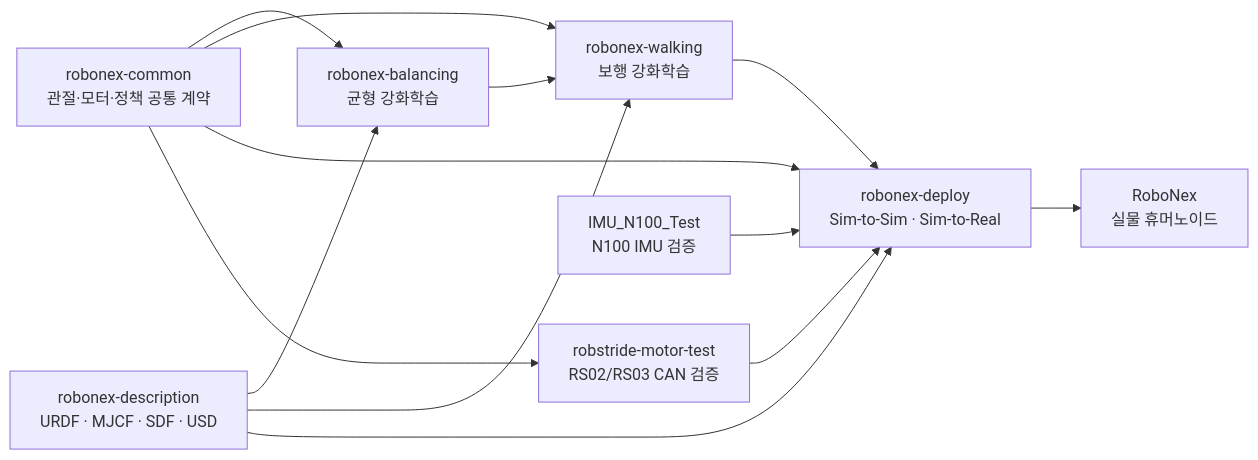
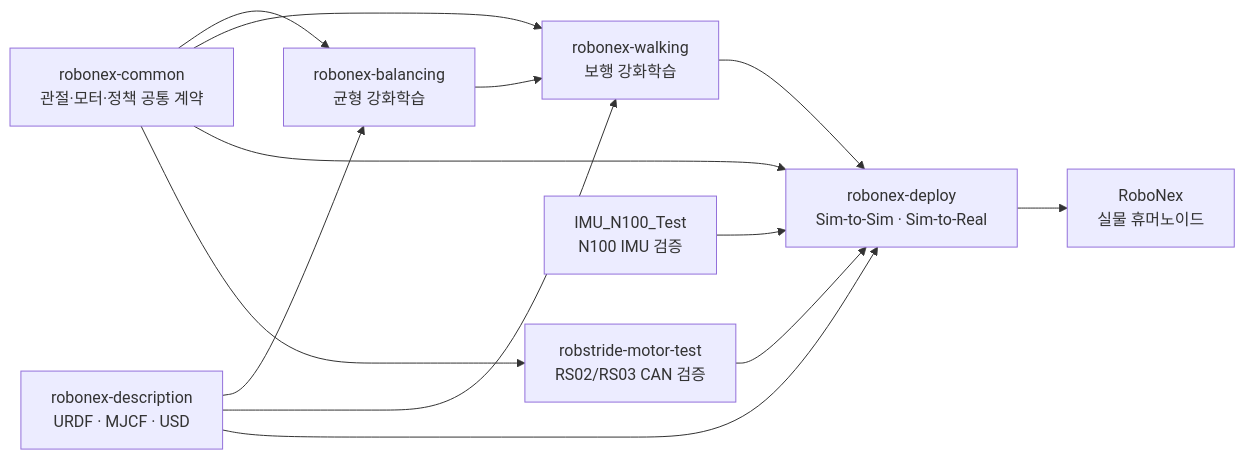
One commit to Humanoid-Project/2026ESWContest_free_ROBONEX changed the diagram in README.md. Above: the diagram before and after it, drawn with Mermaid. The commit also changed other lines of this file and 4 other files, not shown here.

````diff
--- a/README.md
+++ b/README.md
@@ -43,24 +43,24 @@
 ```mermaid
 flowchart LR
     common["robonex-common<br/>관절·모터·정책 공통 계약"]
-    description["robonex-description<br/>URDF · MJCF · SDF · USD"]
+    description["robonex-description<br/>URDF · MJCF · USD"]
     balancing["robonex-balancing<br/>균형 강화학습"]
     walking["robonex-walking<br/>보행 강화학습"]
     deploy["robonex-deploy<br/>Sim-to-Sim · Sim-to-Real"]
     motor["robstride-motor-test<br/>RS02/RS03 CAN 검증"]
     imu["IMU_N100_Test<br/>N100 IMU 검증"]
     robot["RoboNex<br/>실물 휴머노이드"]
 
     common --> balancing
     common --> walking
     common --> deploy
     common --> motor
     description --> balancing
     description --> walking
     description --> deploy
     balancing --> walking
     walking --> deploy
     motor --> deploy
     imu --> deploy
     deploy --> robot
 ```
````
